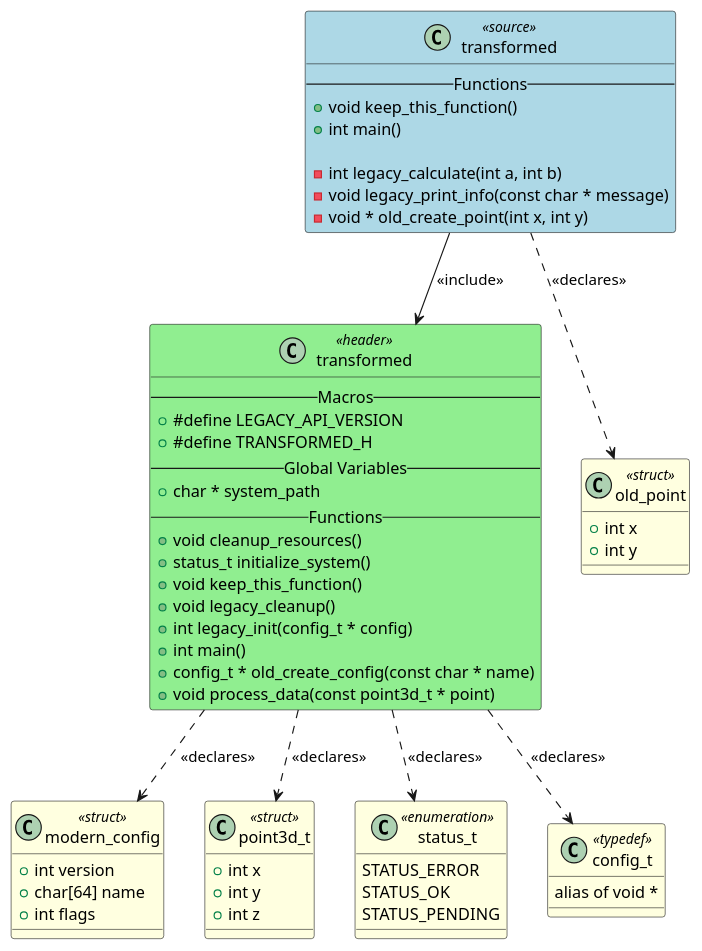
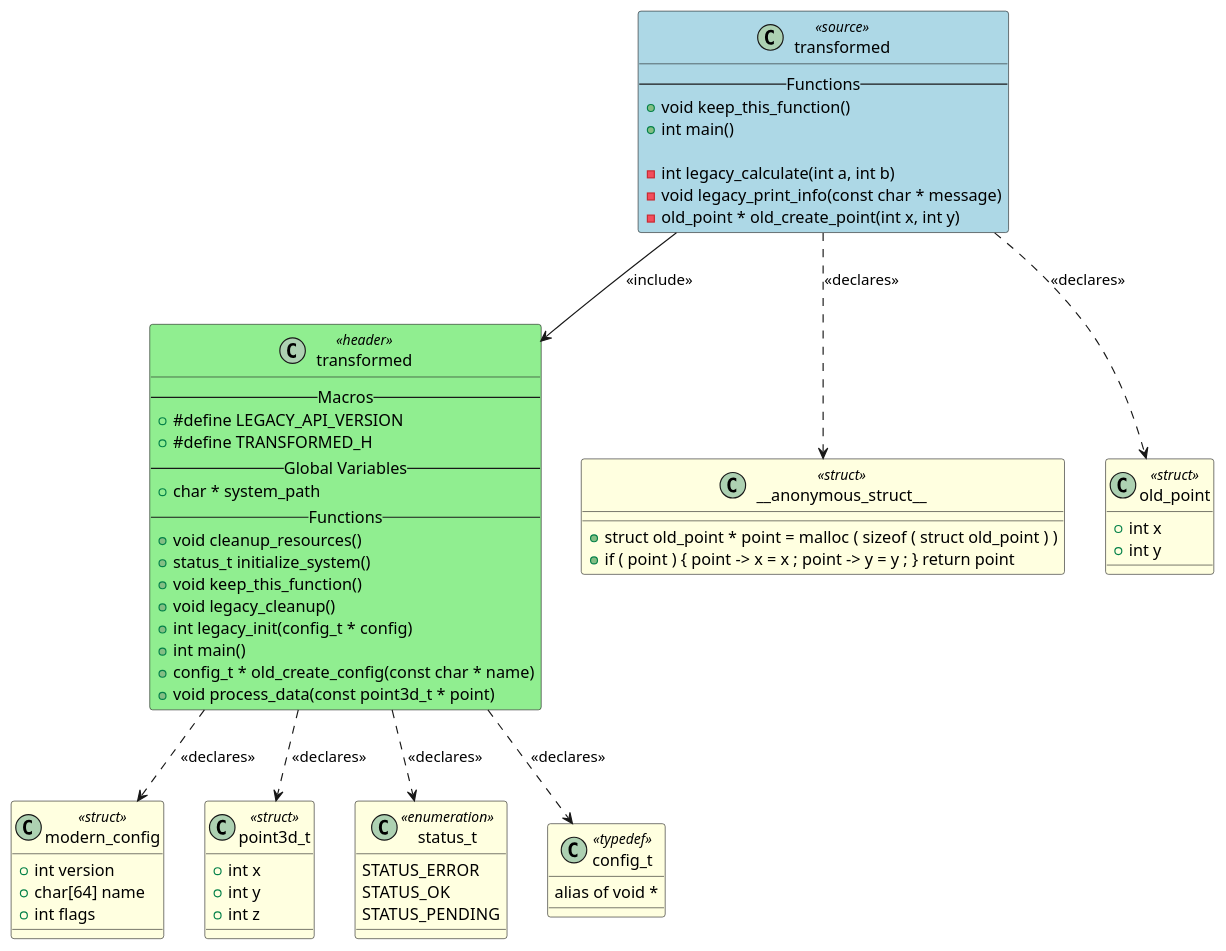
The diagram in artifacts/output_example/transformed.puml (fischerjooo/c2puml), drawn with PlantUML before and after one commit. The commit also changed 18 other files, not shown here.

```diff
--- a/artifacts/output_example/transformed.puml
+++ b/artifacts/output_example/transformed.puml
@@ -1,77 +1,84 @@
 @startuml transformed
 
 class "transformed" as TRANSFORMED <<source>> #LightBlue
 {
     -- Functions --
     + void keep_this_function()
     + int main()
 
     - int legacy_calculate(int a, int b)
     - void legacy_print_info(const char * message)
-    - void * old_create_point(int x, int y)
+    - old_point * old_create_point(int x, int y)
 }
 
 class "transformed" as HEADER_TRANSFORMED <<header>> #LightGreen
 {
     -- Macros --
     + #define LEGACY_API_VERSION
     + #define TRANSFORMED_H
     -- Global Variables --
     + char * system_path
     -- Functions --
     + void cleanup_resources()
     + status_t initialize_system()
     + void keep_this_function()
     + void legacy_cleanup()
     + int legacy_init(config_t * config)
     + int main()
     + config_t * old_create_config(const char * name)
     + void process_data(const point3d_t * point)
+}
+
+class "__anonymous_struct__" as TYPEDEF___ANONYMOUS_STRUCT__ <<struct>> #LightYellow
+{
+    + struct old_point * point = malloc ( sizeof ( struct old_point ) )
+    + if ( point ) { point -> x = x ; point -> y = y ; } return point
 }
 
 class "old_point" as TYPEDEF_OLD_POINT <<struct>> #LightYellow
 {
     + int x
     + int y
 }
 
 class "modern_config" as TYPEDEF_MODERN_CONFIG <<struct>> #LightYellow
 {
     + int version
     + char[64] name
     + int flags
 }
 
 class "point3d_t" as TYPEDEF_POINT3D_T <<struct>> #LightYellow
 {
     + int x
     + int y
     + int z
 }
 
 class "status_t" as TYPEDEF_STATUS_T <<enumeration>> #LightYellow
 {
     STATUS_ERROR
     STATUS_OK
     STATUS_PENDING
 }
 
 class "config_t" as TYPEDEF_CONFIG_T <<typedef>> #LightYellow
 {
     alias of void *
 }
 
 
 ' Include relationships
 TRANSFORMED --> HEADER_TRANSFORMED : <<include>>
 
 ' Declaration relationships
+TRANSFORMED ..> TYPEDEF___ANONYMOUS_STRUCT__ : <<declares>>
 TRANSFORMED ..> TYPEDEF_OLD_POINT : <<declares>>
 HEADER_TRANSFORMED ..> TYPEDEF_MODERN_CONFIG : <<declares>>
 HEADER_TRANSFORMED ..> TYPEDEF_POINT3D_T : <<declares>>
 HEADER_TRANSFORMED ..> TYPEDEF_STATUS_T : <<declares>>
 HEADER_TRANSFORMED ..> TYPEDEF_CONFIG_T : <<declares>>
 
 ' Uses relationships
 
 @enduml
```
